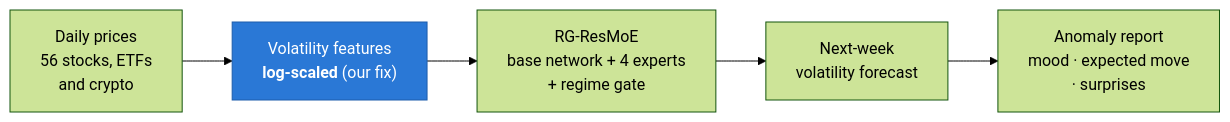
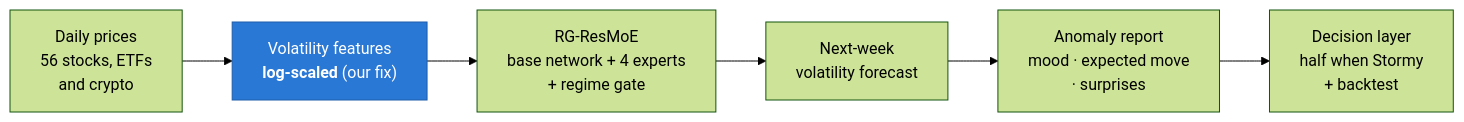
Before and after one commit to kaiji123/Anomality: the diagram in README.md, drawn with Mermaid (forest theme). The commit also changed other lines of this file and 25 other files, not shown here.

First line of the commit message:
Decision layer in the app: mood rule driven by the regime model

````diff
--- a/README.md
+++ b/README.md
@@ -78,9 +108,10 @@
 ```mermaid
 flowchart LR
     A["Daily prices<br/>56 stocks, ETFs<br/>and crypto"] --> B["Volatility features<br/><b>log-scaled</b> (our fix)"]
     B --> C["RG-ResMoE<br/>base network + 4 experts<br/>+ regime gate"]
     C --> D["Next-week<br/>volatility forecast"]
     D --> E["Anomaly report<br/>mood · expected move<br/>· surprises"]
+    E --> F["Decision layer<br/>half when Stormy<br/>+ backtest"]
     classDef ours fill:#2a78d6,stroke:#1c5cab,color:#ffffff;
     class B ours;
 ```
````
